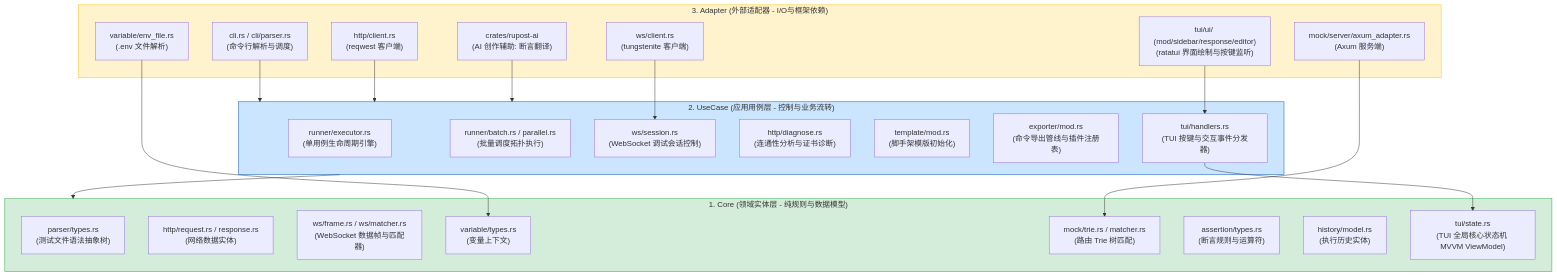
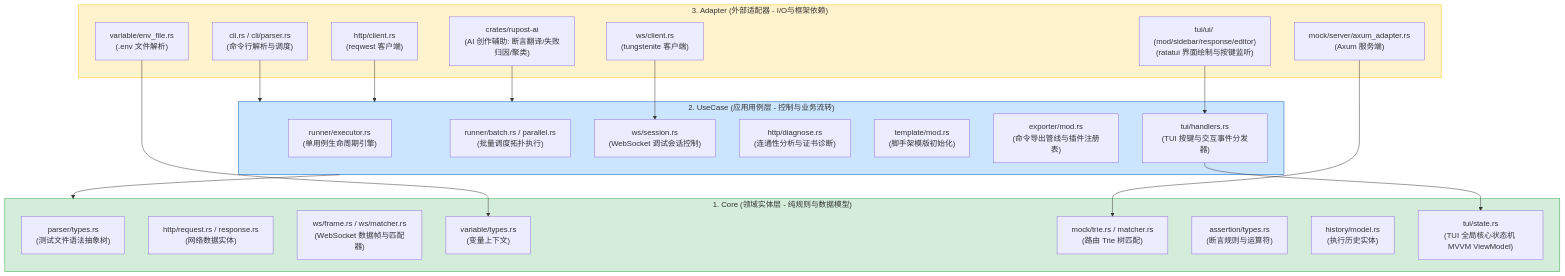
The diagram in doc/architecture/directory_structure.md (zseyen/rupost), drawn with Mermaid before and after one commit. The commit also changed other lines of this file and 23 other files, not shown here.

````diff
--- a/doc/architecture/directory_structure.md
+++ b/doc/architecture/directory_structure.md
@@ -27,49 +27,49 @@
 ```mermaid
 graph TD
     subgraph Adapter ["3. Adapter (外部适配器 - I/O与框架依赖)"]
         CLI["cli.rs / cli/parser.rs<br>(命令行解析与调度)"]
         HttpAdapter["http/client.rs<br>(reqwest 客户端)"]
         WSAdapter["ws/client.rs<br>(tungstenite 客户端)"]
         MockServer["mock/server/axum_adapter.rs<br>(Axum 服务端)"]
         EnvParser["variable/env_file.rs<br>(.env 文件解析)"]
         TUIView["tui/ui/ (mod/sidebar/response/editor)<br>(ratatui 界面绘制与按键监听)"]
-        RupostAiCrate["crates/rupost-ai<br>(AI 创作辅助: 断言翻译)"]
+        RupostAiCrate["crates/rupost-ai<br>(AI 创作辅助: 断言翻译/失败归因/聚类)"]
     end
 
     subgraph UseCase ["2. UseCase (应用用例层 - 控制与业务流转)"]
         Executor["runner/executor.rs<br>(单用例生命周期引擎)"]
         Batch["runner/batch.rs / parallel.rs<br>(批量调度拓扑执行)"]
         WSSession["ws/session.rs<br>(WebSocket 调试会话控制)"]
         DiagnoseUseCase["http/diagnose.rs<br>(连通性分析与证书诊断)"]
         TemplateInit["template/mod.rs<br>(脚手架模版初始化)"]
         ExportUseCase["exporter/mod.rs<br>(命令导出管线与插件注册表)"]
         TUIHandlers["tui/handlers.rs<br>(TUI 按键与交互事件分发器)"]
     end
 
     subgraph Core ["1. Core (领域实体层 - 纯规则与数据模型)"]
         AST["parser/types.rs<br>(测试文件语法抽象树)"]
         HttpModel["http/request.rs / response.rs<br>(网络数据实体)"]
         WSModel["ws/frame.rs / ws/matcher.rs<br>(WebSocket 数据帧与匹配器)"]
         VarCtx["variable/types.rs<br>(变量上下文)"]
         Trie["mock/trie.rs / matcher.rs<br>(路由 Trie 树匹配)"]
         AssertTypes["assertion/types.rs<br>(断言规则与运算符)"]
         HistoryModel["history/model.rs<br>(执行历史实体)"]
         TUIState["tui/state.rs<br>(TUI 全局核心状态机 MVVM ViewModel)"]
     end
 
     %% Dependencies (Outwards to Inwards)
     CLI --> UseCase
     HttpAdapter --> UseCase
     WSAdapter --> WSSession
     MockServer --> Trie
     EnvParser --> VarCtx
     TUIView --> TUIHandlers
     TUIHandlers --> TUIState
     RupostAiCrate --> UseCase
 
     UseCase --> Core
     
     style Core fill:#d4edda,stroke:#28a745,stroke-width:1px
     style UseCase fill:#cce5ff,stroke:#0056b3,stroke-width:1px
     style Adapter fill:#fff3cd,stroke:#ffc107,stroke-width:1px
 ```
````
